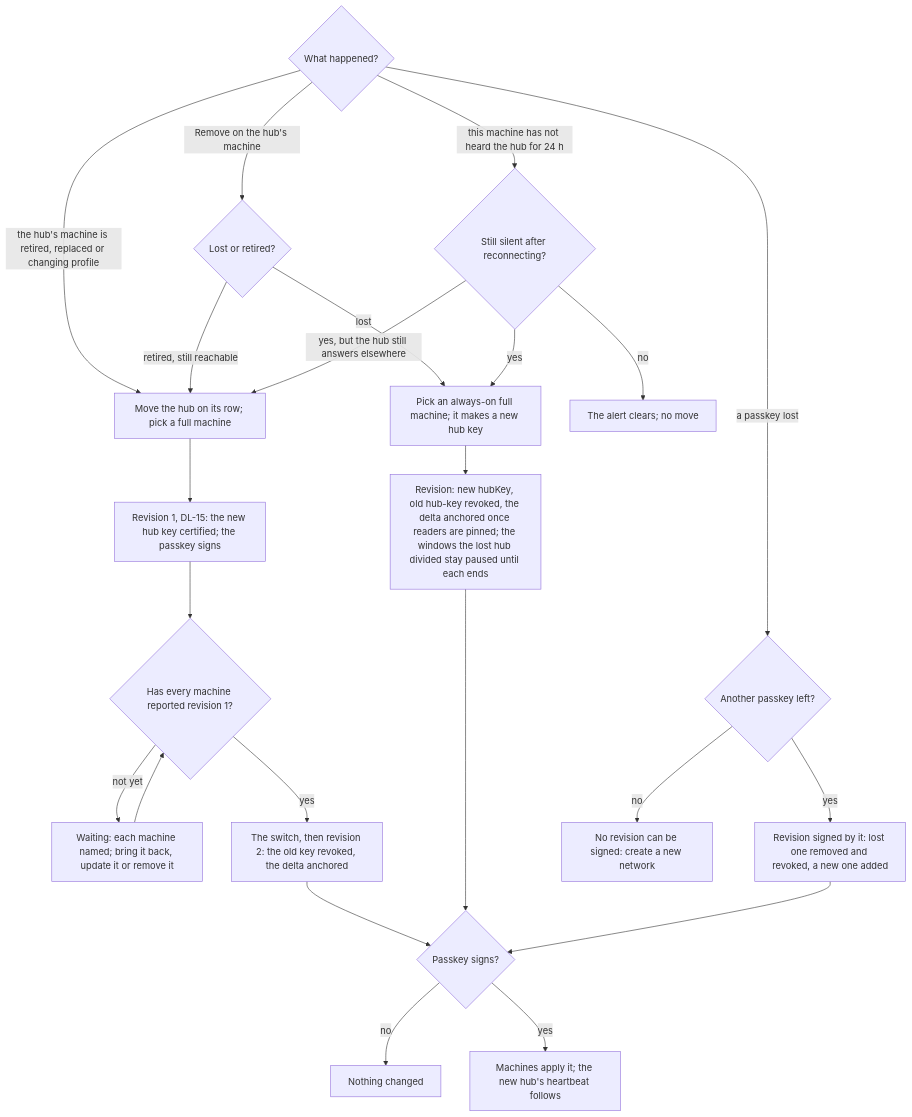
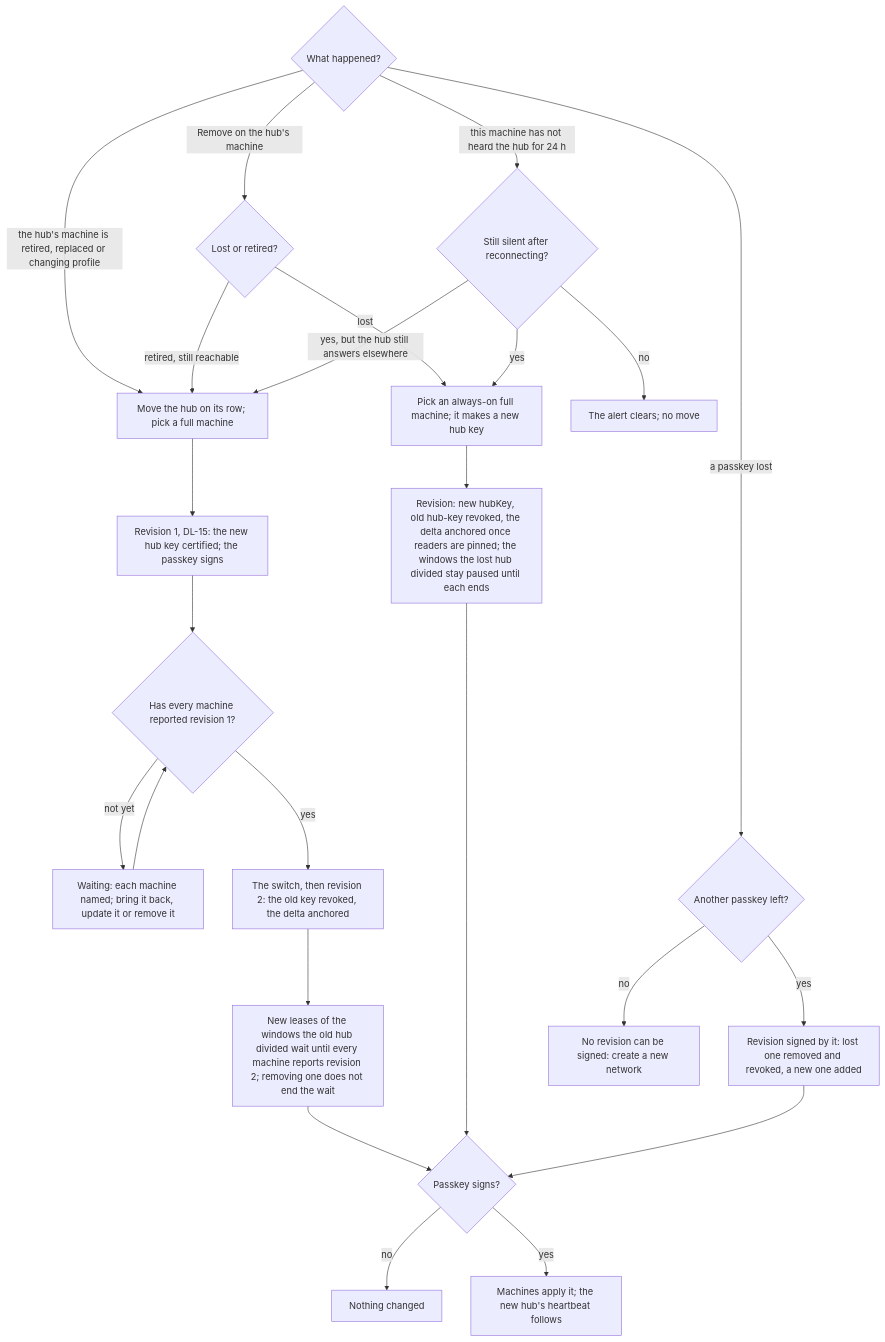
One commit to passioncode-ai/fabric-agent-contract changed diagram 27 of 34 in docs/ux/flows.md. Above: the diagram before and after it, drawn with Mermaid. The commit also changed other lines of this file and 8 other files, not shown here.

First line of the commit message:
DEC-0146: round 5 folded in (one total order of report times, the counts and CT-113 corrected, the planned-move pause in the flow)

````diff
--- a/docs/ux/flows.md
+++ b/docs/ux/flows.md
@@ -662,25 +662,26 @@
 ```mermaid
 flowchart TD
   A{What happened?} -->|the hub's machine is retired, replaced or changing profile| L[Move the hub on its row; pick a full machine]
   A -->|Remove on the hub's machine| K{Lost or retired?}
   K -->|retired, still reachable| L
   K -->|lost| M
   L --> T1[Revision 1, DL-15: the new hub key certified; the passkey signs]
   T1 --> W{Has every machine reported revision 1?}
   W -->|not yet| V[Waiting: each machine named; bring it back, update it or remove it]
   V --> W
   W -->|yes| T[The switch, then revision 2: the old key revoked, the delta anchored]
-  T --> S
+  T --> T2[New leases of the windows the old hub divided wait until every machine reports revision 2; removing one does not end the wait]
+  T2 --> S
   A -->|this machine has not heard the hub for 24 h| C{Still silent after reconnecting?}
   C -->|no| Z[The alert clears; no move]
   C -->|yes, but the hub still answers elsewhere| L
   C -->|yes| M[Pick an always-on full machine; it makes a new hub key]
   M --> R[Revision: new hubKey, old hub-key revoked, the delta anchored once readers are pinned; the windows the lost hub divided stay paused until each ends]
   A -->|a passkey lost| P{Another passkey left?}
   P -->|yes| Q[Revision signed by it: lost one removed and revoked, a new one added]
   P -->|no| N[No revision can be signed: create a new network]
   R --> S{Passkey signs?}
   Q --> S
   S -->|no| X[Nothing changed]
   S -->|yes| D[Machines apply it; the new hub's heartbeat follows]
 ```
````
